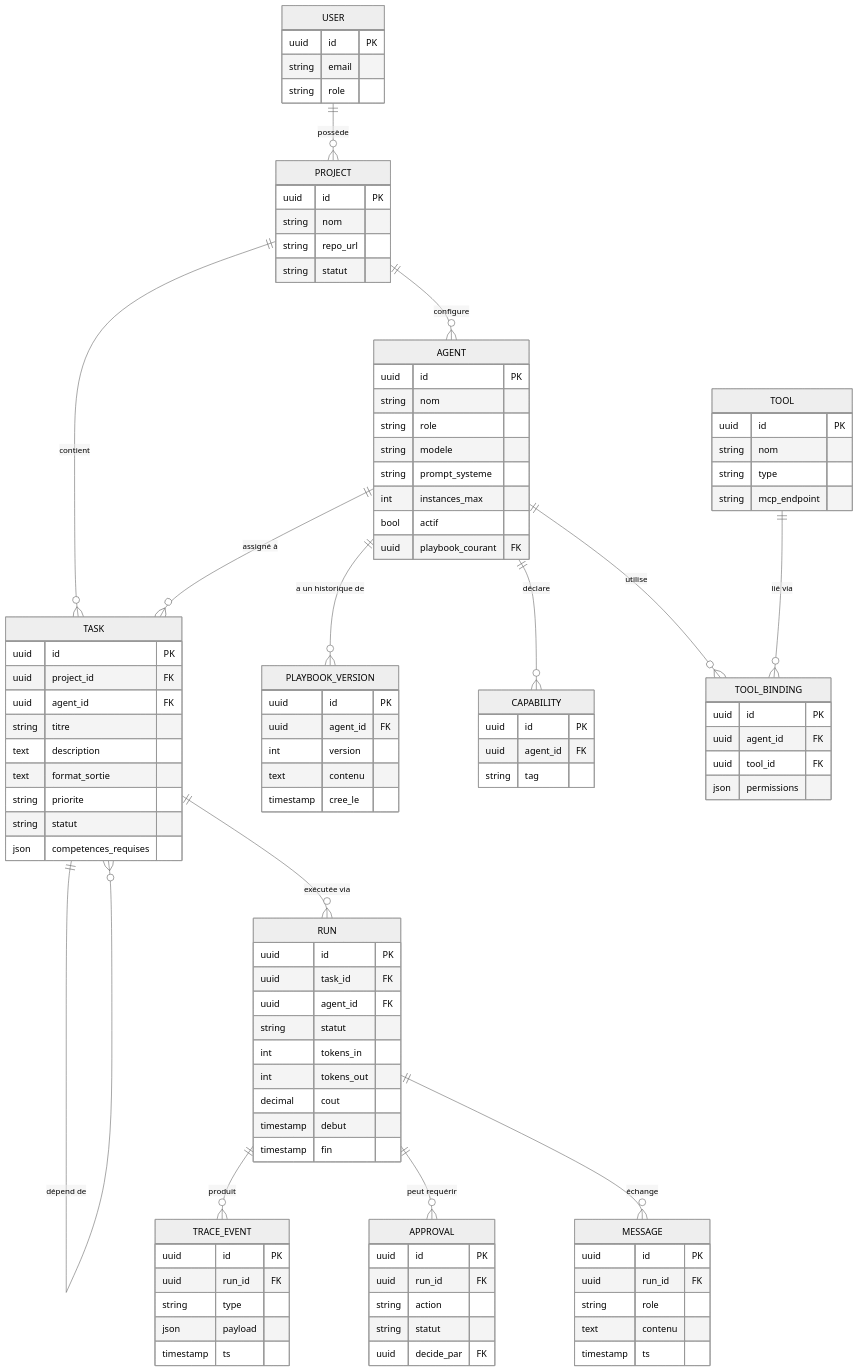
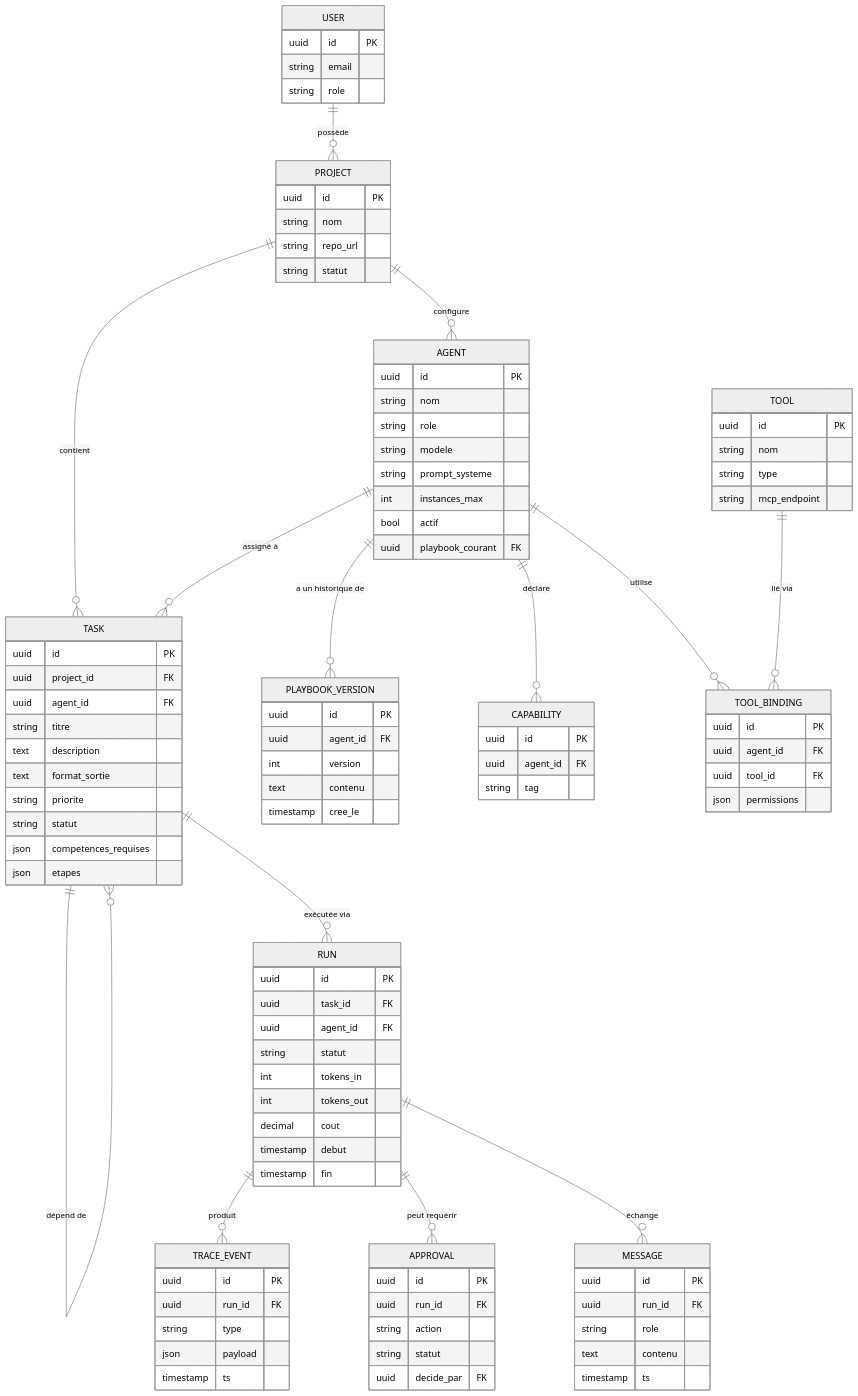
Before and after one commit to automatemaestro-create/maestro: the first of 2 diagrams in docs/03-modele-de-donnees.md, drawn with Mermaid (neutral theme). The commit also changed other lines of this file and 8 other files, not shown here.

```diff
--- a/docs/03-modele-de-donnees.md
+++ b/docs/03-modele-de-donnees.md
@@ -66,6 +66,7 @@
         string priorite
         string statut
         json competences_requises
+        json etapes
     }
     RUN {
         uuid id PK
```
